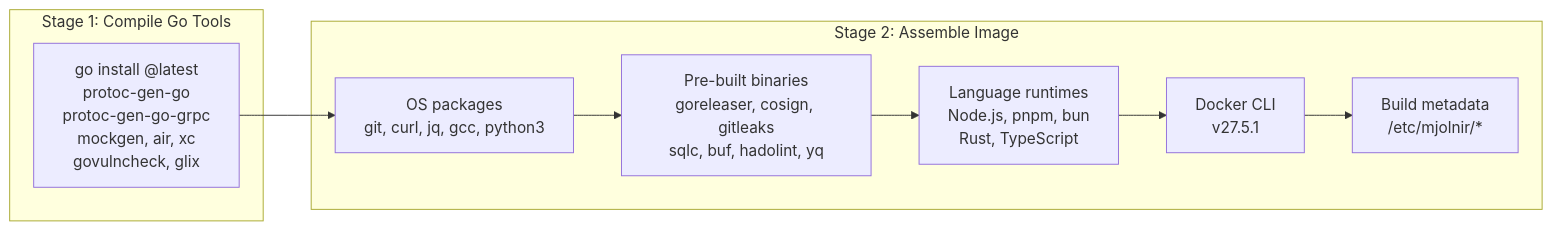
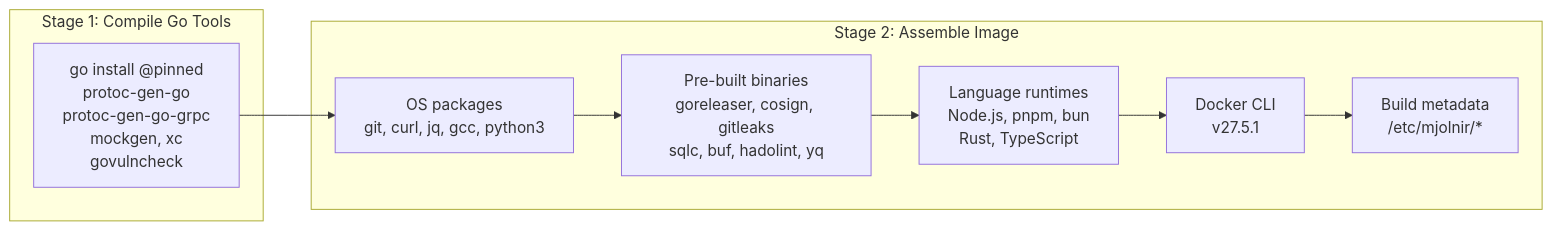
One commit to inovacc/mjolnir changed the second of 2 diagrams in docs/ARCHITECTURE.md. Above: the diagram before and after it, drawn with Mermaid. The commit also changed other lines of this file and 12 other files, not shown here.

````diff
--- a/docs/ARCHITECTURE.md
+++ b/docs/ARCHITECTURE.md
@@ -48,16 +48,16 @@
 ```mermaid
 graph LR
     subgraph "Stage 1: Compile Go Tools"
-        GO_INSTALL["go install @latest<br/>protoc-gen-go<br/>protoc-gen-go-grpc<br/>mockgen, air, xc<br/>govulncheck, glix"]
+        GO_INSTALL["go install @pinned<br/>protoc-gen-go<br/>protoc-gen-go-grpc<br/>mockgen, xc<br/>govulncheck"]
     end
 
     subgraph "Stage 2: Assemble Image"
         APT["OS packages<br/>git, curl, jq, gcc, python3"]
         BINS["Pre-built binaries<br/>goreleaser, cosign, gitleaks<br/>sqlc, buf, hadolint, yq"]
         RUNTIMES["Language runtimes<br/>Node.js, pnpm, bun<br/>Rust, TypeScript"]
         DOCKER["Docker CLI<br/>v27.5.1"]
         META["Build metadata<br/>/etc/mjolnir/*"]
     end
 
     GO_INSTALL --> APT --> BINS --> RUNTIMES --> DOCKER --> META
 ```
````
